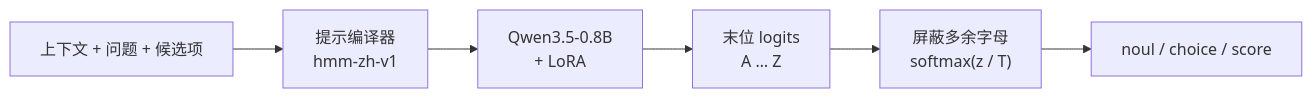
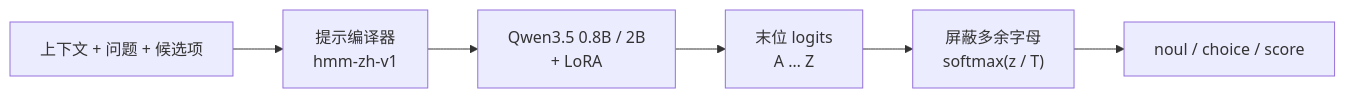
The diagram in README.md (yanqiangmiffy/chinese-decision), drawn with Mermaid before and after one commit. The commit also changed other lines of this file and 9 other files, not shown here.

````diff
--- a/README.md
+++ b/README.md
@@ -90,8 +92,8 @@
 ```mermaid
 flowchart LR
     A["上下文 + 问题 + 候选项"] --> B["提示编译器<br/>hmm-zh-v1"]
-    B --> C["Qwen3.5-0.8B<br/>+ LoRA"]
+    B --> C["Qwen3.5 0.8B / 2B<br/>+ LoRA"]
     C --> D["末位 logits<br/>A … Z"]
     D --> E["屏蔽多余字母<br/>softmax(z / T)"]
     E --> F["noul / choice / score"]
 ```
````
